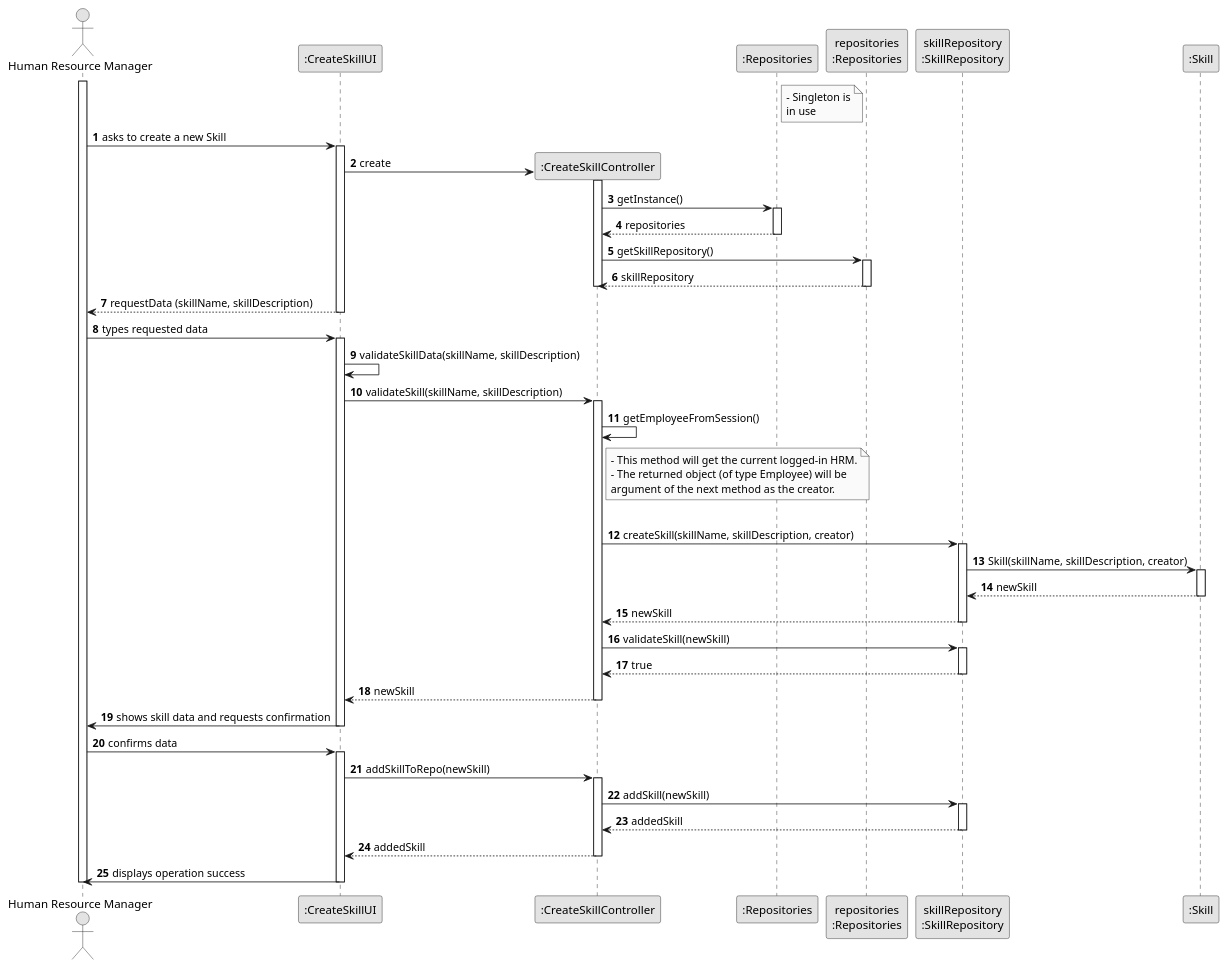
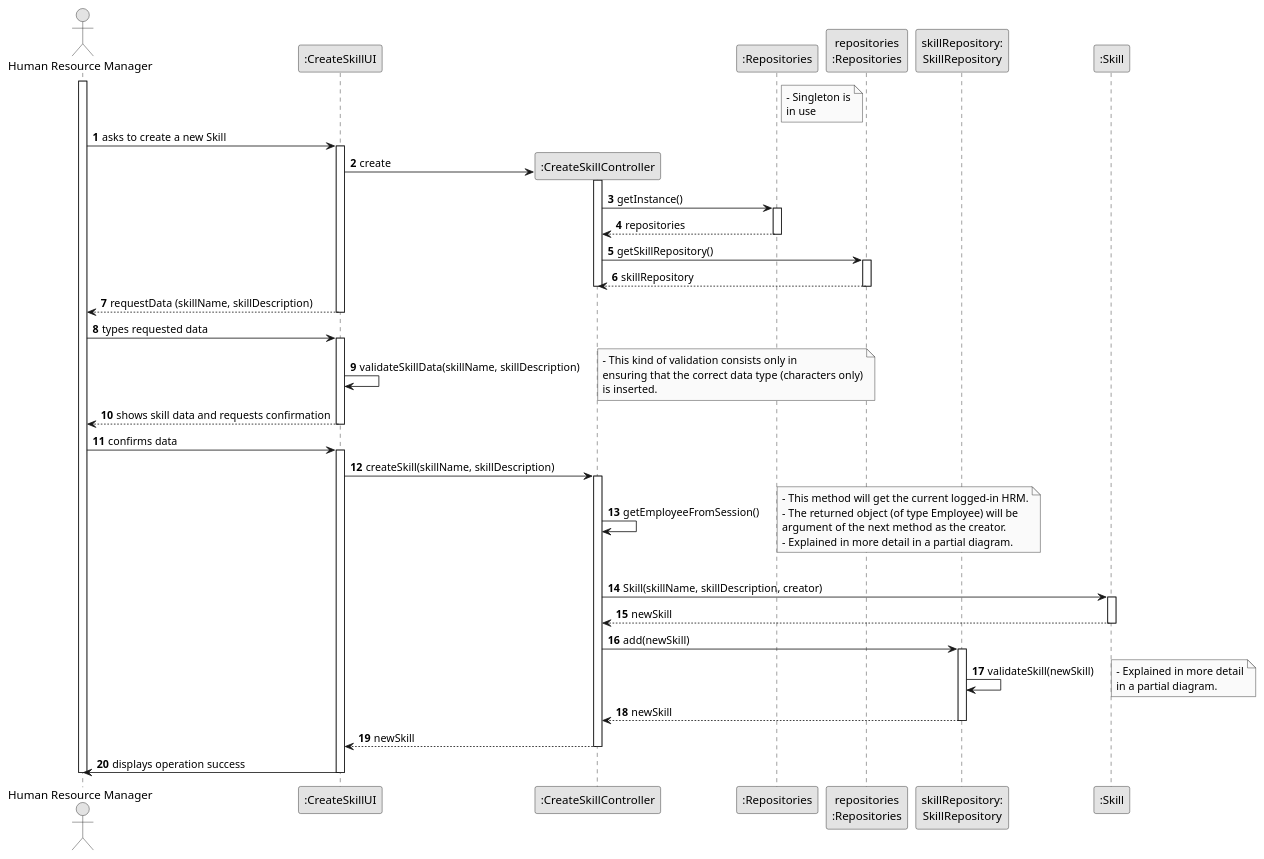
The diagram in docs/sprintB/us01/03.design/puml/us01-sequence-diagram-full.puml (Paulo-Pereira-at-ISEP/lei-24-s2-1nanb-g321), drawn with PlantUML before and after one commit. The commit also changed 5 other files, not shown here.

Commit message:
LGGPM-115 - US01 - Design - Sequence diagram update (full diagram, partial-get-employee, partial-validate-skill)

```diff
--- a/docs/sprintB/us01/03.design/puml/us01-sequence-diagram-full.puml
+++ b/docs/sprintB/us01/03.design/puml/us01-sequence-diagram-full.puml
@@ -1,137 +1,135 @@
 @startuml
 skinparam monochrome true
 skinparam packageStyle rectangle
 skinparam shadowing false
 
 autonumber
 
 'hide footbox
 
 actor "Human Resource Manager" as HRM
 participant ":CreateSkillUI" as UI
 participant ":CreateSkillController" as CTRL
 participant ":Repositories" as REPO_SINGLETON
+
+
+
 participant "repositories\n:Repositories" as GEN_REPO_INSTANCE
-participant "skillRepository\n:SkillRepository" as SKILL_REPO_INSTANCE
+
+
+participant "skillRepository:\nSkillRepository" as SKILL_REPO_INSTANCE
 participant ":Skill" as SKILL
 'participant ":HRManager" as MNGR
+
 
 note right of REPO_SINGLETON
     - Singleton is
     in use
 end note
+
 
 
 activate HRM
 
         HRM -> UI : asks to create a new Skill
 
         activate UI
             'create CTRL
             UI -> CTRL** : create
 
             activate CTRL
 
                 CTRL -> REPO_SINGLETON : getInstance()
 
                 activate REPO_SINGLETON
 
                     REPO_SINGLETON --> CTRL : repositories
 
                 deactivate REPO_SINGLETON
 
                 CTRL -> GEN_REPO_INSTANCE : getSkillRepository()
 
                 activate GEN_REPO_INSTANCE
 
                     GEN_REPO_INSTANCE --> CTRL : skillRepository
 
                 deactivate GEN_REPO_INSTANCE
 
             deactivate CTRL
 
 
             'requests the HRM to input data
             UI --> HRM : requestData (skillName, skillDescription)
         deactivate UI
 
         HRM -> UI : types requested data
 
         activate UI
 
             UI -> UI : validateSkillData(skillName, skillDescription)
 
-            UI -> CTRL : validateSkill(skillName, skillDescription)
+            note right
+            - This kind of validation consists only in
+            ensuring that the correct data type (characters only)
+            is inserted.
+            end note
+
+            deactivate CTRL
+
+            UI --> HRM : shows skill data and requests confirmation
+
+        deactivate UI
+
+            HRM -> UI : confirms data
+
+        activate UI
+
+            UI -> CTRL : createSkill(skillName, skillDescription)
+
             activate CTRL
 
                 CTRL -> CTRL : getEmployeeFromSession()
-                note right of CTRL
+                note right
                     - This method will get the current logged-in HRM.
                     - The returned object (of type Employee) will be
                     argument of the next method as the creator.
+                    - Explained in more detail in a partial diagram.
                 end note
+
                 |||
 
-                CTRL -> SKILL_REPO_INSTANCE : createSkill(skillName, skillDescription, creator)
+                CTRL -> SKILL : Skill(skillName, skillDescription, creator)
 
+                activate SKILL
+
+                SKILL --> CTRL : newSkill
+
+                deactivate SKILL
+
+                CTRL -> SKILL_REPO_INSTANCE : add(newSkill)
 
                 activate SKILL_REPO_INSTANCE
 
-                    SKILL_REPO_INSTANCE -> SKILL : Skill(skillName, skillDescription, creator)
+                    SKILL_REPO_INSTANCE -> SKILL_REPO_INSTANCE : validateSkill(newSkill)
 
-                    activate SKILL
-
-                        SKILL --> SKILL_REPO_INSTANCE : newSkill
-
-                    deactivate SKILL
+                    note right
+                    - Explained in more detail
+                    in a partial diagram.
+                    end note
 
                     SKILL_REPO_INSTANCE --> CTRL : newSkill
 
                 deactivate SKILL_REPO_INSTANCE
 
-                CTRL -> SKILL_REPO_INSTANCE : validateSkill(newSkill)
-
-                activate SKILL_REPO_INSTANCE
-
-                    SKILL_REPO_INSTANCE --> CTRL : true
-
-                deactivate SKILL_REPO_INSTANCE
-
             CTRL --> UI : newSkill
 
-            deactivate CTRL
-
-                UI -> HRM : shows skill data and requests confirmation
-
-
-
-        deactivate UI
-
-
-    HRM -> UI : confirms data
-    activate UI
-
-        UI -> CTRL : addSkillToRepo(newSkill)
-
-        activate CTRL
-
-
-            CTRL -> SKILL_REPO_INSTANCE : addSkill(newSkill)
-
-            activate SKILL_REPO_INSTANCE
-
-                SKILL_REPO_INSTANCE --> CTRL : addedSkill
-
-            deactivate SKILL_REPO_INSTANCE
-
-            CTRL --> UI : addedSkill
 
         deactivate CTRL
 
         UI -> HRM : displays operation success
 
     deactivate UI
 
 deactivate HRM
 
 @enduml
```
